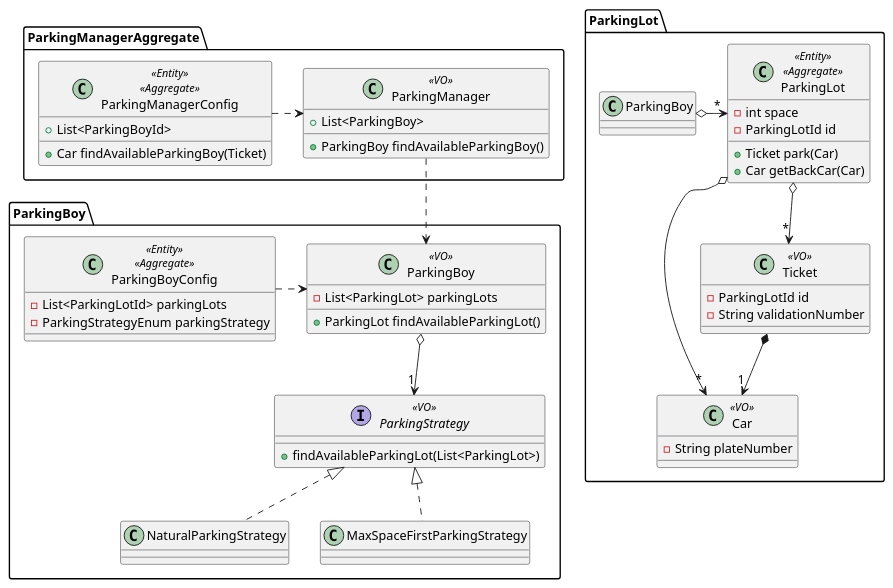
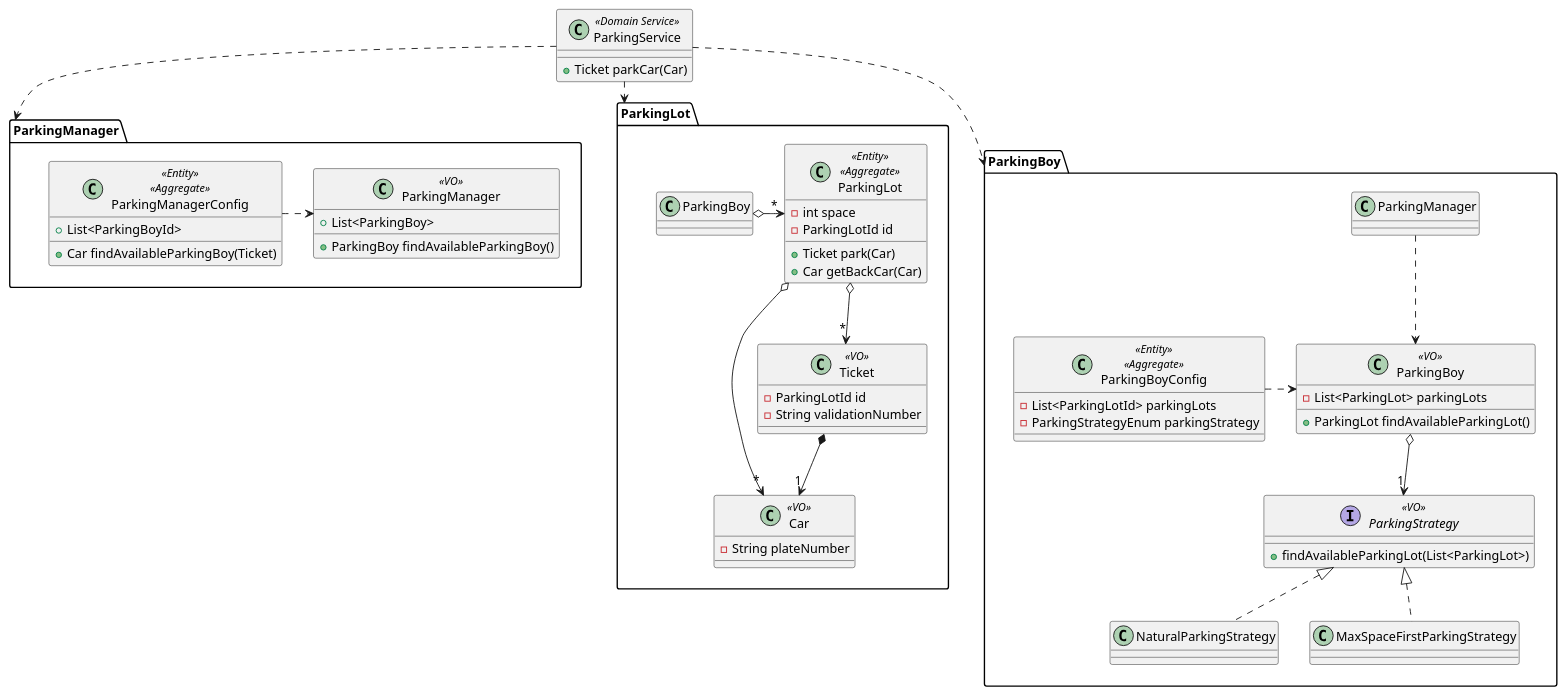
Before and after one commit to boydfd/parking-lot: the diagram in resources/main.puml, drawn with PlantUML.

Commit message:
[@boydfd] add parking manager config.

```diff
--- a/resources/main.puml
+++ b/resources/main.puml
@@ -1,64 +1,72 @@
 @startuml
 
-package ParkingManagerAggregate {
+ParkingService ..> ParkingManager
+ParkingService ..> ParkingLot
+ParkingService ..> ParkingBoy
+
+class ParkingService <<Domain Service>> {
+	+ Ticket parkCar(Car)
+}
+
+package ParkingManager {
 	class ParkingManager <<VO>> {
 		+ List<ParkingBoy>
 		+ ParkingBoy findAvailableParkingBoy()
 	}
 
 	class ParkingManagerConfig <<Entity>> <<Aggregate>> {
 		+ List<ParkingBoyId>
 		+ Car findAvailableParkingBoy(Ticket)
 	}
 
 	ParkingManagerConfig .>  ParkingManager
 }
 
 package ParkingBoy {
 	interface ParkingStrategy <<VO>> {
 		+ findAvailableParkingLot(List<ParkingLot>)
 	}
 
 	class ParkingBoy <<VO>> {
 		- List<ParkingLot> parkingLots
 		+ ParkingLot findAvailableParkingLot()
 	}
 
 	class ParkingBoyConfig <<Entity>> <<Aggregate>> {
 		- List<ParkingLotId> parkingLots
 		- ParkingStrategyEnum parkingStrategy
 	}
 	ParkingManager ..>  ParkingBoy
 	ParkingBoyConfig .> ParkingBoy
 	ParkingBoy o--> "1" ParkingStrategy
 	ParkingStrategy <|.. NaturalParkingStrategy
 	ParkingStrategy <|.. MaxSpaceFirstParkingStrategy
 
 }
 
 package ParkingLot {
 
 	class ParkingLot <<Entity>> <<Aggregate>> {
 		- int space
 		- ParkingLotId id
 		+ Ticket park(Car)
 		+ Car getBackCar(Car)
 	}
 
 	class Car <<VO>> {
 		- String plateNumber
 	}
 
 	class Ticket <<VO>> {
 		- ParkingLotId id
 		- String validationNumber
 	}
 
 	ParkingBoy o-> "*" ParkingLot
 	Ticket *--> "1" Car
 	ParkingLot o--> "*" Car
 	ParkingLot o--> "*" Ticket
 }
 
 
 @enduml
```
